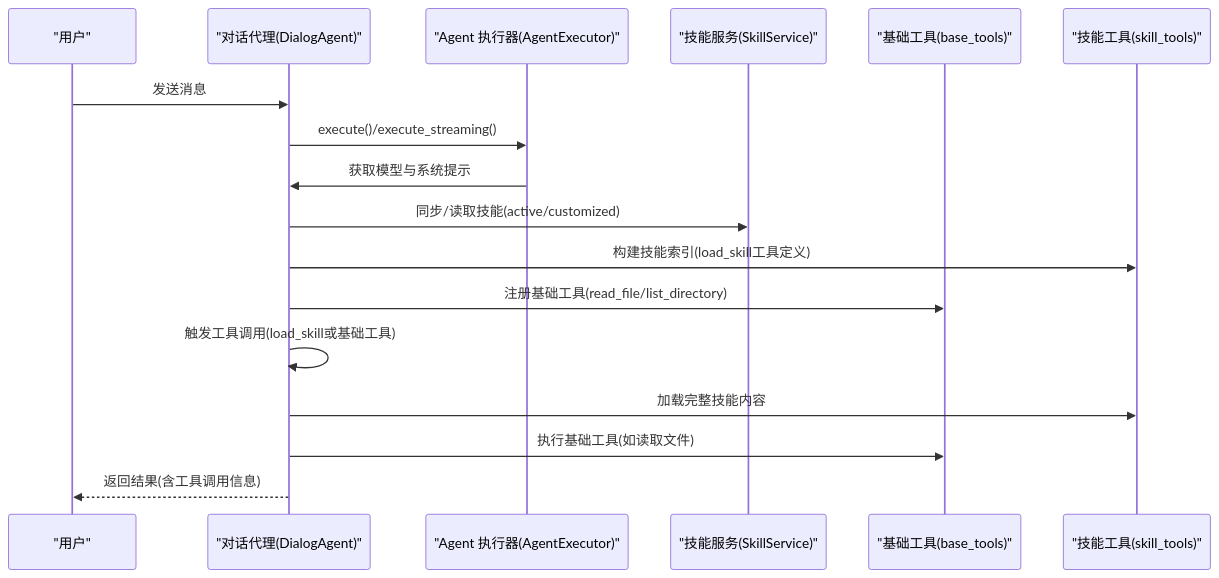
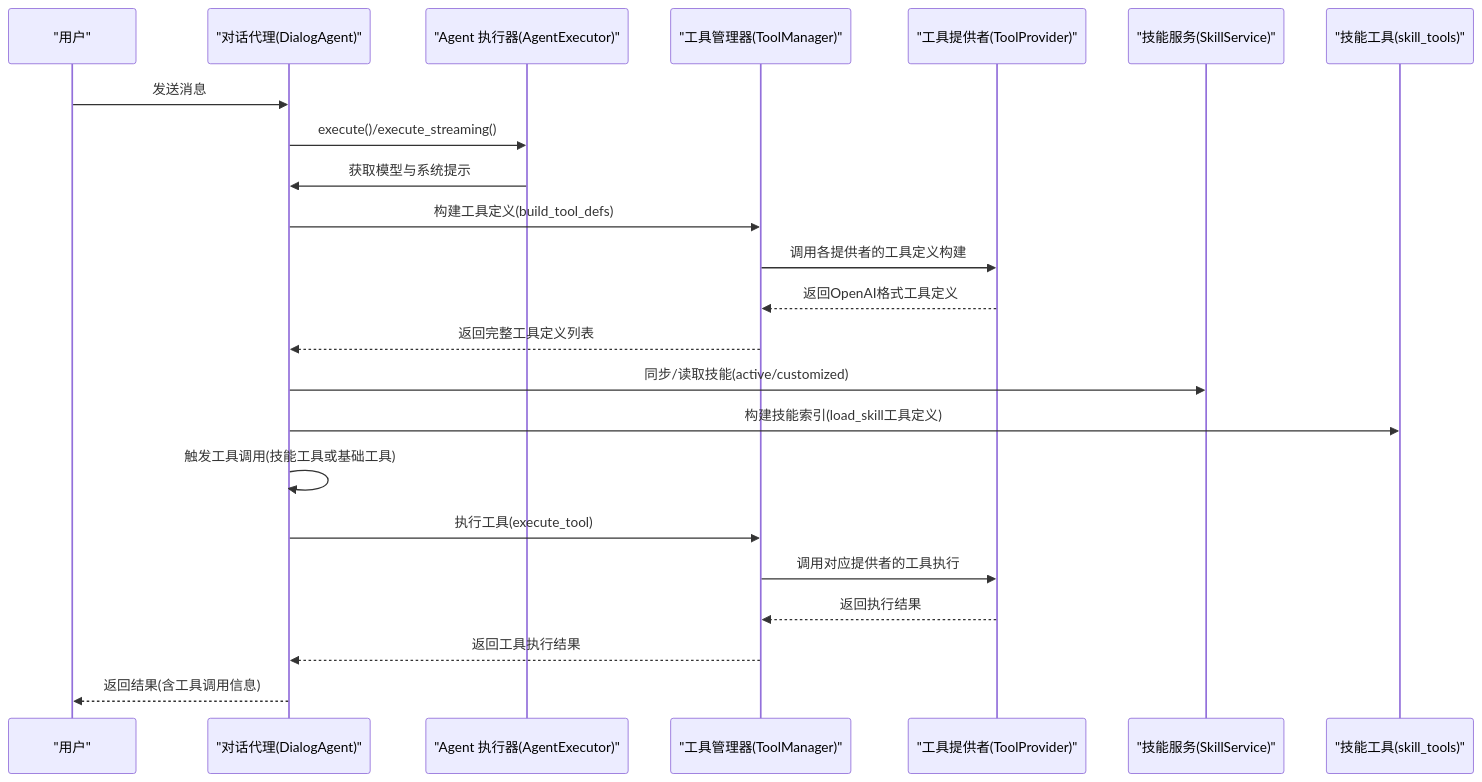
The second of 9 diagrams in .qoder/repowiki/zh/content/后端服务架构/业务服务层/智能体执行服务/技能工具系统.md (KunLabAI/KunFlix), drawn with Mermaid before and after one commit. The commit also changed other lines of this file and 15 other files, not shown here.

First line of the commit message:
feat(tool-manager): 重构技能工具系统引入统一工具管理器架构

````diff
--- a/.qoder/repowiki/zh/content/后端服务架构/业务服务层/智能体执行服务/技能工具系统.md
+++ b/.qoder/repowiki/zh/content/后端服务架构/业务服务层/智能体执行服务/技能工具系统.md
@@ -112,19 +141,25 @@
 ```mermaid
 sequenceDiagram
 participant User as "用户"
 participant Agent as "对话代理(DialogAgent)"
 participant Exec as "Agent 执行器(AgentExecutor)"
+participant Manager as "工具管理器(ToolManager)"
+participant Provider as "工具提供者(ToolProvider)"
 participant Service as "技能服务(SkillService)"
-participant Tools as "基础工具(base_tools)"
-participant Builder as "技能工具(skill_tools)"
+participant Tools as "技能工具(skill_tools)"
 User->>Agent : 发送消息
 Agent->>Exec : execute()/execute_streaming()
 Exec->>Agent : 获取模型与系统提示
+Agent->>Manager : 构建工具定义(build_tool_defs)
+Manager->>Provider : 调用各提供者的工具定义构建
+Provider-->>Manager : 返回OpenAI格式工具定义
+Manager-->>Agent : 返回完整工具定义列表
 Agent->>Service : 同步/读取技能(active/customized)
-Agent->>Builder : 构建技能索引(load_skill工具定义)
-Agent->>Tools : 注册基础工具(read_file/list_directory)
-Agent->>Agent : 触发工具调用(load_skill或基础工具)
-Agent->>Builder : 加载完整技能内容
-Agent->>Tools : 执行基础工具(如读取文件)
+Agent->>Tools : 构建技能索引(load_skill工具定义)
+Agent->>Agent : 触发工具调用(技能工具或基础工具)
+Agent->>Manager : 执行工具(execute_tool)
+Manager->>Provider : 调用对应提供者的工具执行
+Provider-->>Manager : 返回执行结果
+Manager-->>Agent : 返回工具执行结果
 Agent-->>User : 返回结果(含工具调用信息)
 ```
````
